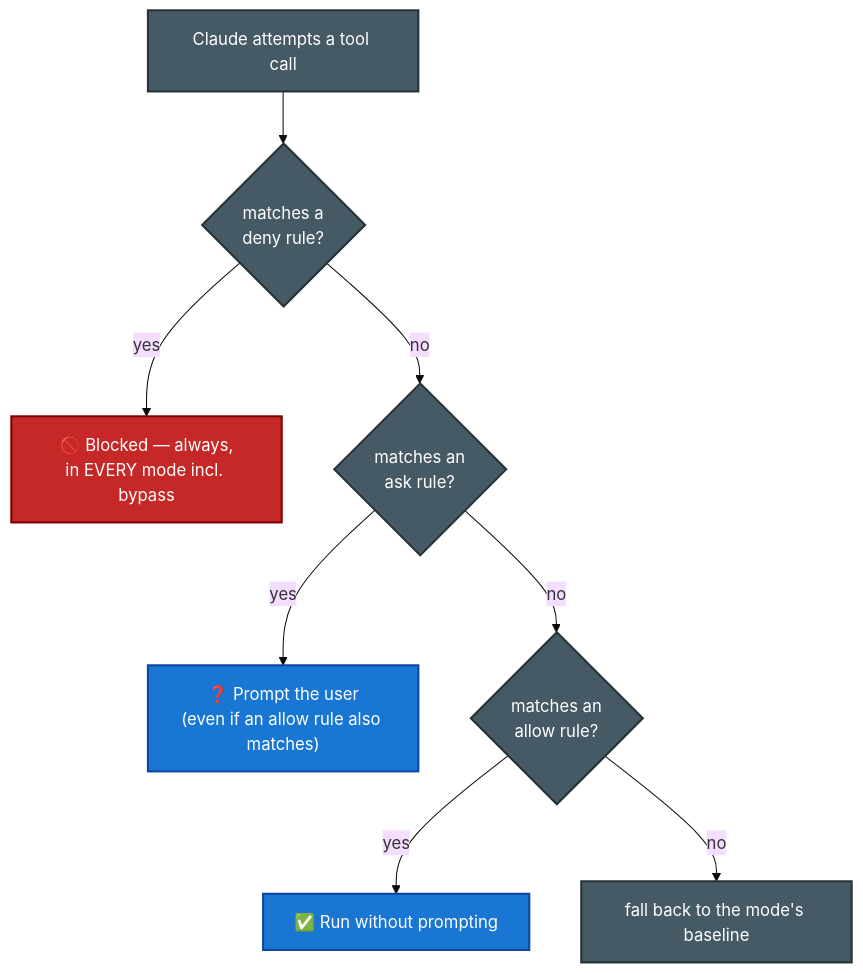
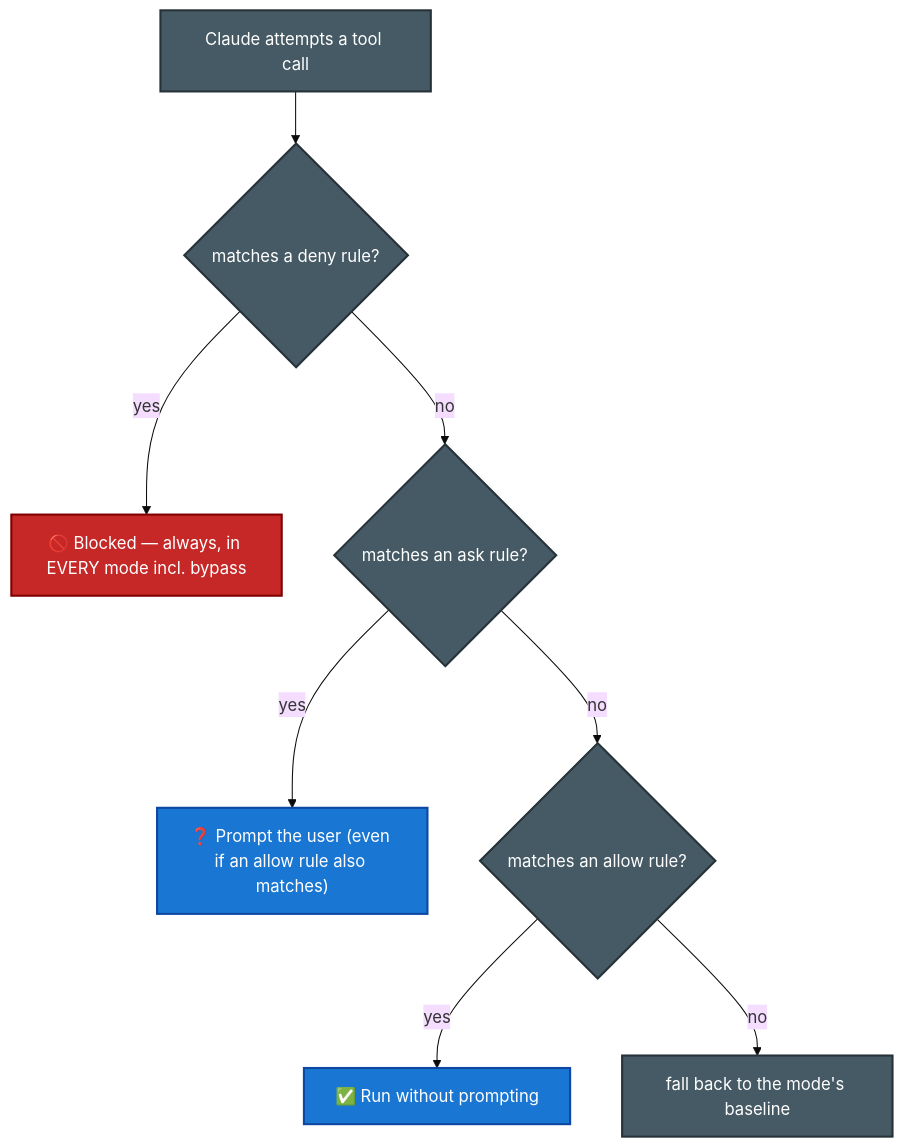
One commit to parmar-m/claude-architect-certification-prep changed the tenth of 12 diagrams in CCA-F/domains/d3-claude-code.md. Above: the diagram before and after it, drawn with Mermaid (base theme). The commit also changed other lines of this file and 25 other files, not shown here.

````diff
--- a/CCA-F/domains/d3-claude-code.md
+++ b/CCA-F/domains/d3-claude-code.md
@@ -391,16 +391,16 @@
 ```mermaid
 flowchart TD
-    CALL["Claude attempts a tool call"] --> DENY{"matches a<br/>deny rule?"}
-    DENY -- yes --> STOP["🚫 Blocked — always,<br/>in EVERY mode incl. bypass"]
-    DENY -- no --> ASK{"matches an<br/>ask rule?"}
-    ASK -- yes --> PROMPT["❓ Prompt the user<br/>(even if an allow rule also matches)"]
-    ASK -- no --> ALLOW{"matches an<br/>allow rule?"}
+    CALL["Claude attempts a tool call"] --> DENY{"matches a deny rule?"}
+    DENY -- yes --> STOP["🚫 Blocked — always, in EVERY mode incl. bypass"]
+    DENY -- no --> ASK{"matches an ask rule?"}
+    ASK -- yes --> PROMPT["❓ Prompt the user (even if an allow rule also matches)"]
+    ASK -- no --> ALLOW{"matches an allow rule?"}
     ALLOW -- yes --> GO["✅ Run without prompting"]
     ALLOW -- no --> MODE["fall back to the mode's baseline"]
     classDef stop fill:#C62828,color:#fff,stroke:#7f0000,stroke-width:2px
     classDef go fill:#1976D2,color:#fff,stroke:#0D47A1,stroke-width:2px
     classDef q fill:#455A64,color:#fff,stroke:#263238,stroke-width:2px
     class STOP stop
     class GO,PROMPT go
     class CALL,DENY,ASK,ALLOW,MODE q
 ```
````
